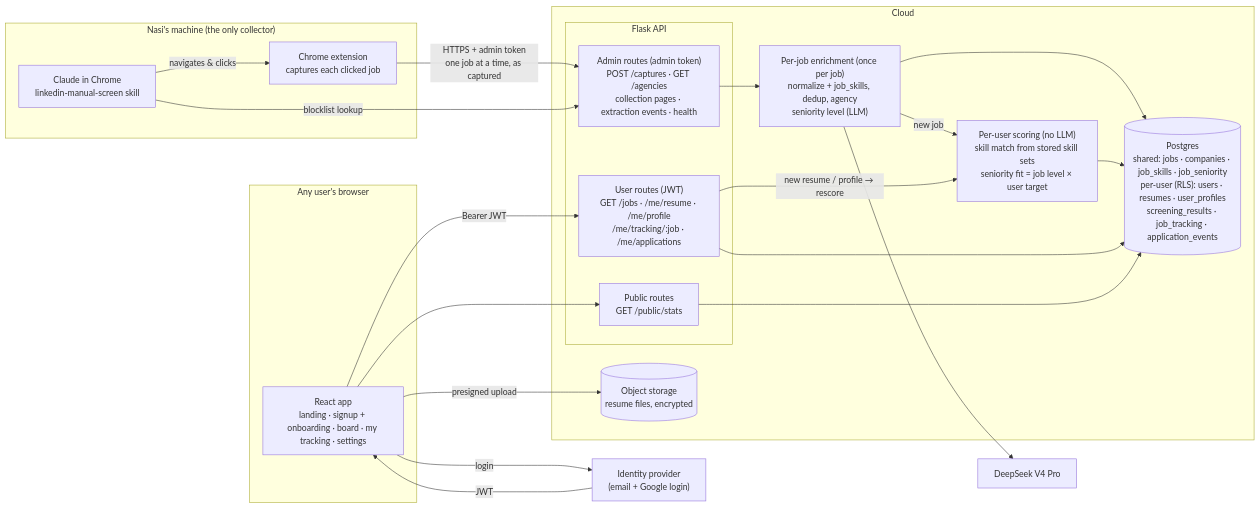
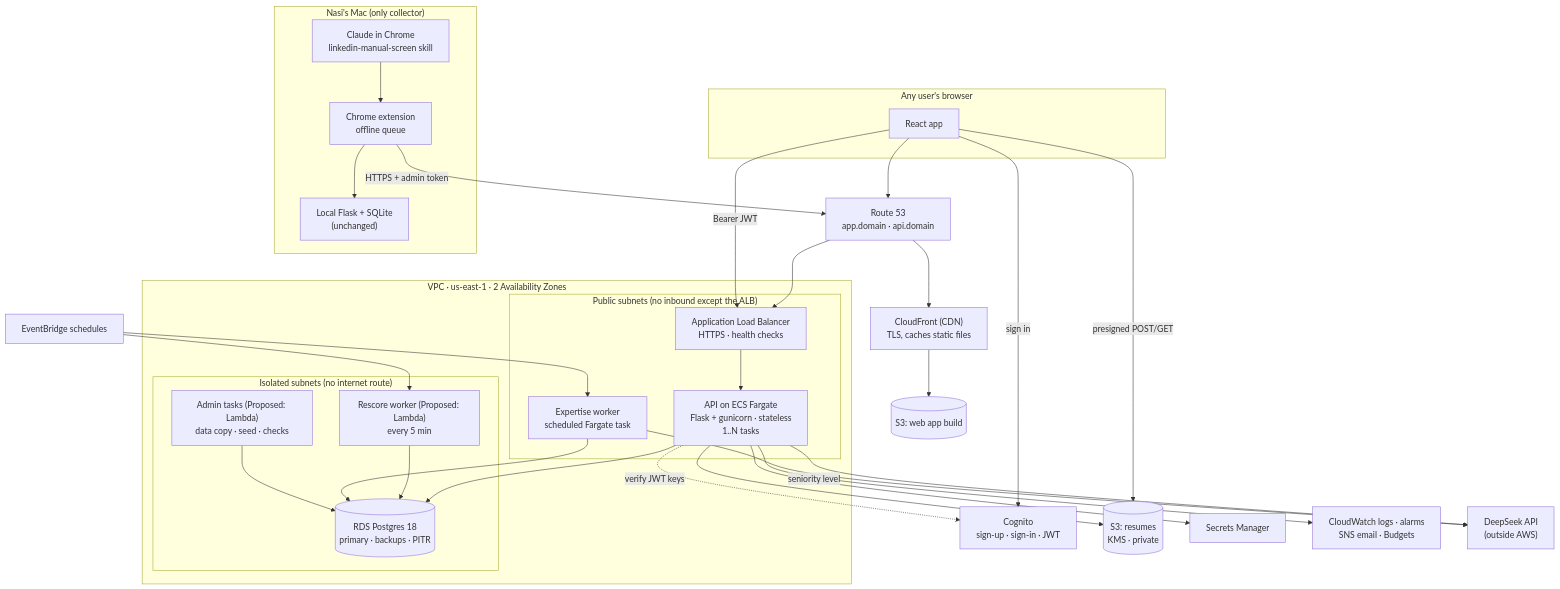
One commit to nlp4725/job-hunt-intelligence changed the first of 3 diagrams in docs/productization_build_plan.md. Above: the diagram before and after it, drawn with Mermaid. The commit also changed other lines of this file, not shown here.

Commit message:
Plan §1: full system design (requirements, sizing, every component with why and trade-offs, growth path, costs)

````diff
--- a/docs/productization_build_plan.md
+++ b/docs/productization_build_plan.md
@@ -38,43 +114,55 @@
 ```mermaid
-flowchart LR
-    subgraph Curator["Nasi's machine (the only collector)"]
-        Claude["Claude in Chrome<br/>linkedin-manual-screen skill"]
-        Ext["Chrome extension<br/>captures each clicked job"]
-        Claude -- "navigates & clicks" --> Ext
+flowchart TB
+    subgraph Nasi["Nasi's Mac (only collector)"]
+        Skill["Claude in Chrome<br/>linkedin-manual-screen skill"]
+        Ext["Chrome extension<br/>offline queue"]
+        Local["Local Flask + SQLite<br/>(unchanged)"]
+        Skill --> Ext --> Local
     end
 
-    subgraph Users["Any user's browser"]
-        App["React app<br/>landing · signup + onboarding · board · my tracking · settings"]
+    subgraph Browser["Any user's browser"]
+        Web["React app"]
     end
 
-    IdP["Identity provider<br/>(email + Google login)"]
+    DNS["Route 53<br/>app.domain · api.domain"]
+    Cognito["Cognito<br/>sign-up · sign-in · JWT"]
+    CF["CloudFront (CDN)<br/>TLS, caches static files"]
+    SiteS3[("S3: web app build")]
 
-    subgraph Cloud["Cloud"]
-        subgraph API["Flask API"]
-            Admin["Admin routes (admin token)<br/>POST /captures · GET /agencies<br/>collection pages · extraction events · health"]
-            Pub["Public routes<br/>GET /public/stats"]
-            UserR["User routes (JWT)<br/>GET /jobs · /me/resume · /me/profile<br/>/me/tracking/:job · /me/applications"]
+    subgraph VPC["VPC · us-east-1 · 2 Availability Zones"]
+        subgraph Public["Public subnets (no inbound except the ALB)"]
+            ALB["Application Load Balancer<br/>HTTPS · health checks"]
+            API["API on ECS Fargate<br/>Flask + gunicorn · stateless<br/>1..N tasks"]
+            ExpW["Expertise worker<br/>scheduled Fargate task"]
         end
-        Enrich["Per-job enrichment (once per job)<br/>normalize + job_skills, dedup, agency<br/>seniority level (LLM)"]
-        Screen["Per-user scoring (no LLM)<br/>skill match from stored skill sets<br/>seniority fit = job level × user target"]
-        S3[("Object storage<br/>resume files, encrypted")]
-        PG[("Postgres<br/>shared: jobs · companies · job_skills · job_seniority<br/>per-user (RLS): users · resumes · user_profiles<br/>screening_results · job_tracking · application_events")]
+        subgraph Isolated["Isolated subnets (no internet route)"]
+            RDS[("RDS Postgres 18<br/>primary · backups · PITR")]
+            RescoreL["Rescore worker (Proposed: Lambda)<br/>every 5 min"]
+            AdminL["Admin tasks (Proposed: Lambda)<br/>data copy · seed · checks"]
+        end
     end
 
-    LLM["DeepSeek V4 Pro"]
+    ResS3[("S3: resumes<br/>KMS · private")]
+    SM["Secrets Manager"]
+    EB["EventBridge schedules"]
+    CW["CloudWatch logs · alarms<br/>SNS email · Budgets"]
+    DeepSeek["DeepSeek API<br/>(outside AWS)"]
 
-    Ext -- "HTTPS + admin token<br/>one job at a time, as captured" --> Admin
-    Claude -- "blocklist lookup" --> Admin
-    Admin --> Enrich --> PG
-    Enrich --> LLM
-    Enrich -- "new job" --> Screen
-    Screen --> PG
-    App -- "login" --> IdP
-    IdP -- "JWT" --> App
-    App -- "Bearer JWT" --> UserR
-    App -- "presigned upload" --> S3
-    App --> Pub
-    UserR --> PG
-    UserR -- "new resume / profile → rescore" --> Screen
-    Pub --> PG
+    Ext -- "HTTPS + admin token" --> DNS
+    Web --> DNS
+    DNS --> CF --> SiteS3
+    DNS --> ALB --> API
+    Web -- "sign in" --> Cognito
+    Web -- "Bearer JWT" --> ALB
+    Web -- "presigned POST/GET" --> ResS3
+    API --> RDS
+    API --> ResS3
+    API -- "seniority level" --> DeepSeek
+    API -. "verify JWT keys" .-> Cognito
+    EB --> RescoreL --> RDS
+    EB --> ExpW --> RDS
+    ExpW --> DeepSeek
+    AdminL --> RDS
+    API --> SM
+    API --> CW
 ```
````
